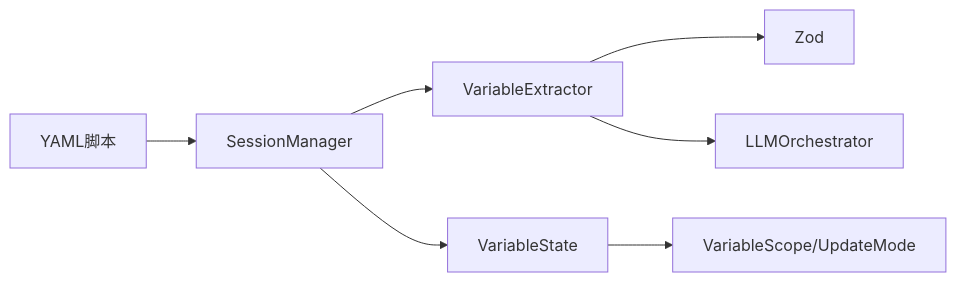
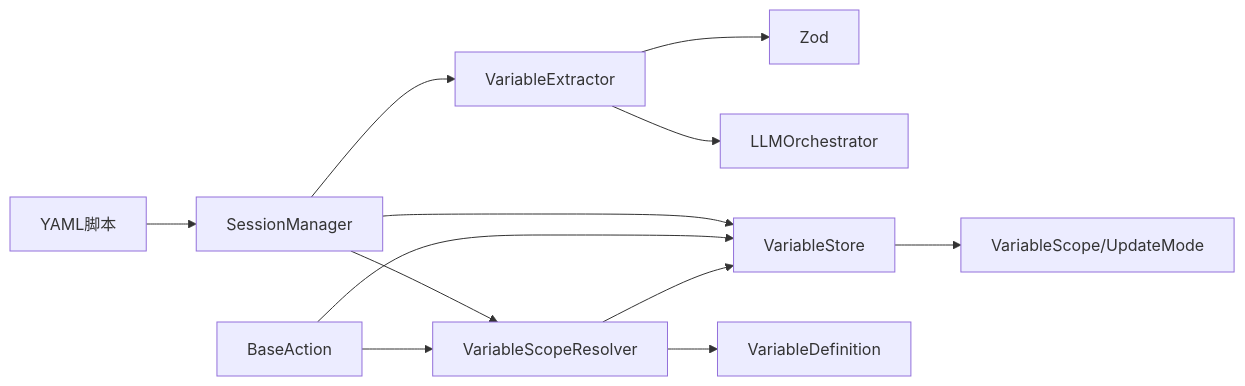
Before and after one commit to EverettCamus/HeartRule-Qoder: the sixth of 6 diagrams in .qoder/repowiki/zh/content/核心引擎系统/变量提取引擎.md, drawn with Mermaid. The commit also changed other lines of this file and 31 other files, not shown here.

````diff
--- a/.qoder/repowiki/zh/content/核心引擎系统/变量提取引擎.md
+++ b/.qoder/repowiki/zh/content/核心引擎系统/变量提取引擎.md
@@ -272,9 +351,14 @@
 ```mermaid
 graph LR
 VE["VariableExtractor"] --> Z["Zod"]
 VE --> ORCH["LLMOrchestrator"]
-VS["VariableState"] --> ENUM["VariableScope/UpdateMode"]
+VSR["VariableScopeResolver"] --> VS["VariableStore"]
+VSR --> VD["VariableDefinition"]
+VS --> ENUM["VariableScope/UpdateMode"]
+BA["BaseAction"] --> VSR
+BA --> VS
 SM["SessionManager"] --> VE
+SM --> VSR
 SM --> VS
 YAML["YAML脚本"] --> SM
 ```
````
